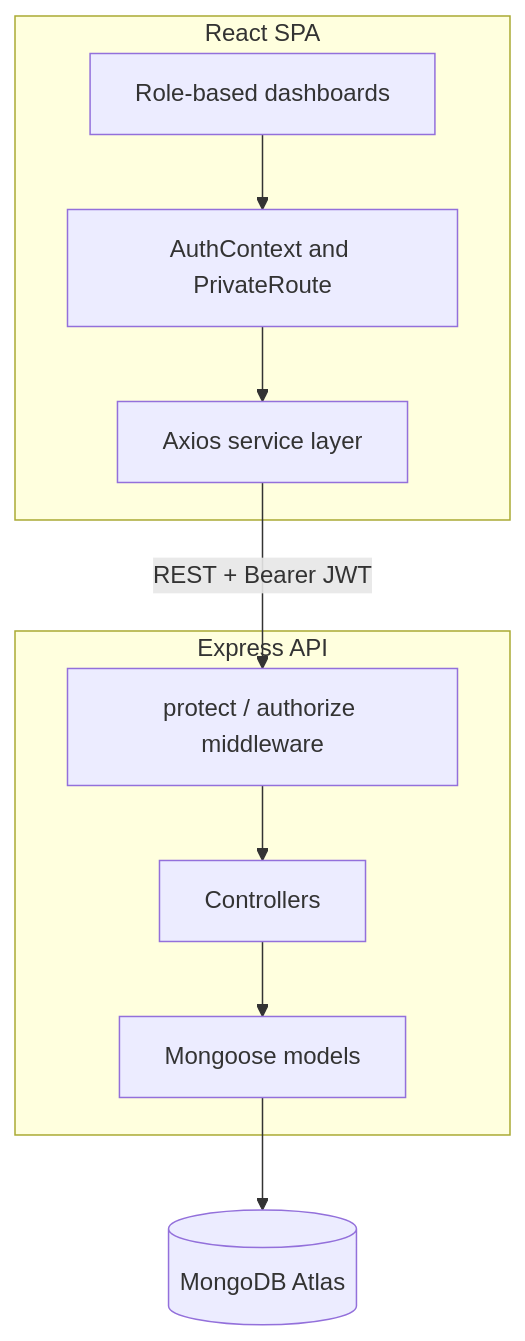
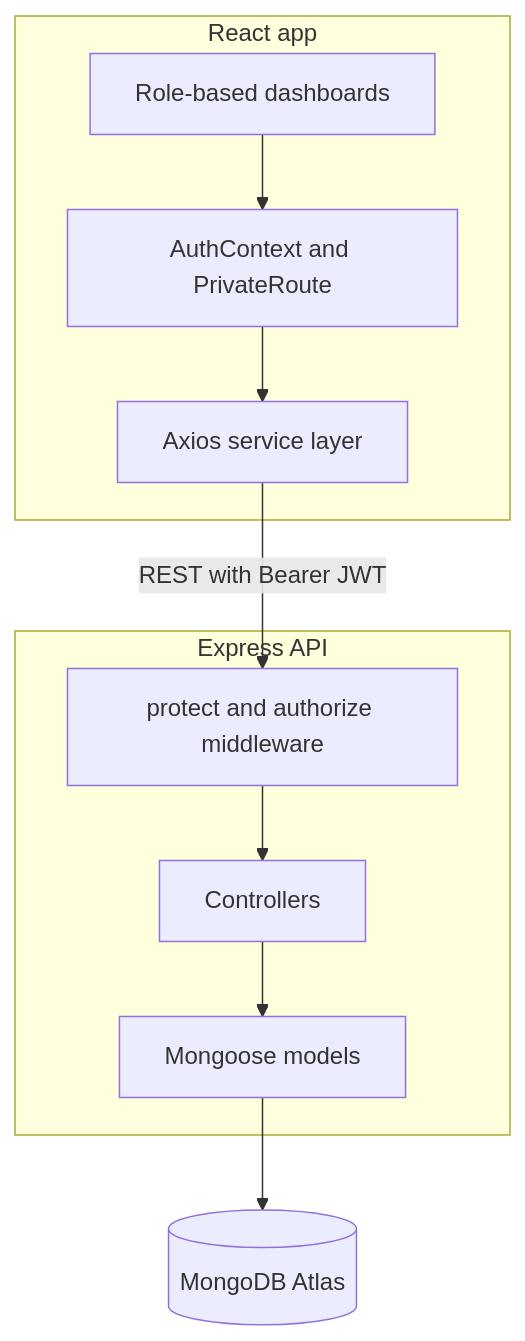
The second of 2 diagrams in README.md (Adi-Marathe/Nagarsetu), drawn with Mermaid before and after one commit. The commit also changed other lines of this file, not shown here.

````diff
--- a/README.md
+++ b/README.md
@@ -62,19 +81,19 @@
 ```mermaid
 flowchart TB
-    subgraph Client[React SPA]
+    subgraph Client[React app]
         UI[Role-based dashboards]
         AUTH[AuthContext and PrivateRoute]
         API[Axios service layer]
     end
 
     subgraph Server[Express API]
-        MW[protect / authorize middleware]
+        MW[protect and authorize middleware]
         CTRL[Controllers]
         MODELS[Mongoose models]
     end
 
     DB[(MongoDB Atlas)]
 
     UI --> AUTH --> API
-    API -->|REST + Bearer JWT| MW --> CTRL --> MODELS --> DB
+    API -->|REST with Bearer JWT| MW --> CTRL --> MODELS --> DB
 ```
````
